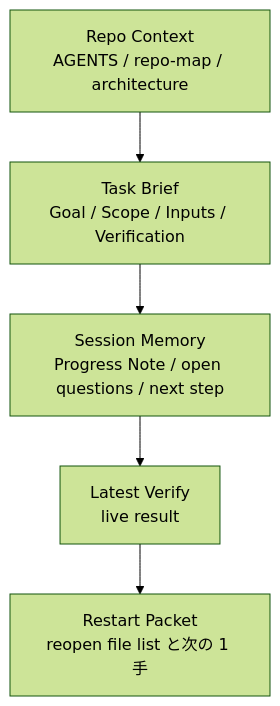
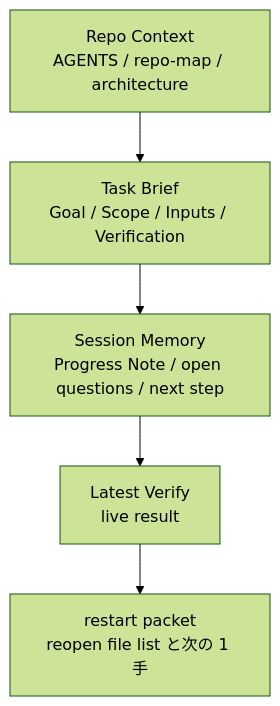
The diagram in manuscript/figures/fig-03-resume-packet.mmd (itdojp/ai-agent-engineering-book), drawn with Mermaid (forest theme) before and after one commit. The commit also changed 4 other files, not shown here.

Commit message:
Normalize restart packet terms in backmatter

```diff
--- a/manuscript/figures/fig-03-resume-packet.mmd
+++ b/manuscript/figures/fig-03-resume-packet.mmd
@@ -1,8 +1,8 @@
 %% title: fig-03 restart packet
 %% chapter: CH07
-%% caption: restart packet（Resume Packet）では、repo context から task brief、session memory、live verify へ降りる順で読むと drift が減る。
+%% caption: restart packet では、repo context から task brief、session memory、live verify へ降りる順で読むと drift が減る。
 flowchart TB
     A[Repo Context<br/>AGENTS / repo-map / architecture] --> B[Task Brief<br/>Goal / Scope / Inputs / Verification]
     B --> C[Session Memory<br/>Progress Note / open questions / next step]
     C --> D[Latest Verify<br/>live result]
-    D --> E[Restart Packet<br/>reopen file list と次の 1 手]
+    D --> E[restart packet<br/>reopen file list と次の 1 手]
```
